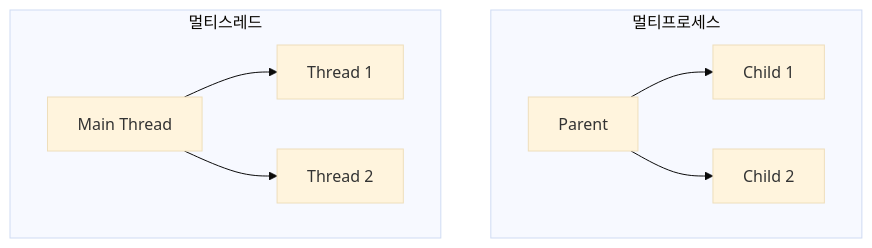
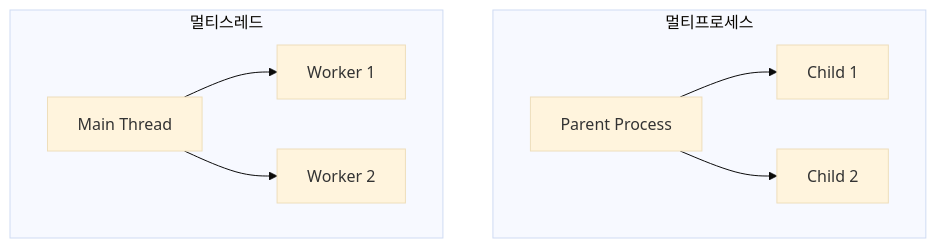
One commit to HamaPr/HamaPr.github.io changed the diagram in _posts/secure-coding/2025-09-18-MultiProcess_Thread_study.md. Above: the diagram before and after it, drawn with Mermaid (base theme). The commit also changed other lines of this file and 94 other files, not shown here.

````diff
--- a/_posts/secure-coding/2025-09-18-MultiProcess_Thread_study.md
+++ b/_posts/secure-coding/2025-09-18-MultiProcess_Thread_study.md
@@ -24,17 +22,11 @@
 ```mermaid
 flowchart TB
     subgraph Process["멀티프로세스"]
-        P1[Parent]
-        P2[Child 1]
-        P3[Child 2]
-        P1 --> P2
-        P1 --> P3
+        P1[Parent Process] --> P2[Child 1]
+        P1 --> P3[Child 2]
     end
     subgraph Thread["멀티스레드"]
-        T1[Main Thread]
-        T2[Thread 1]
-        T3[Thread 2]
-        T1 --> T2
-        T1 --> T3
+        T1[Main Thread] --> T2[Worker 1]
+        T1 --> T3[Worker 2]
     end
 ```
````
